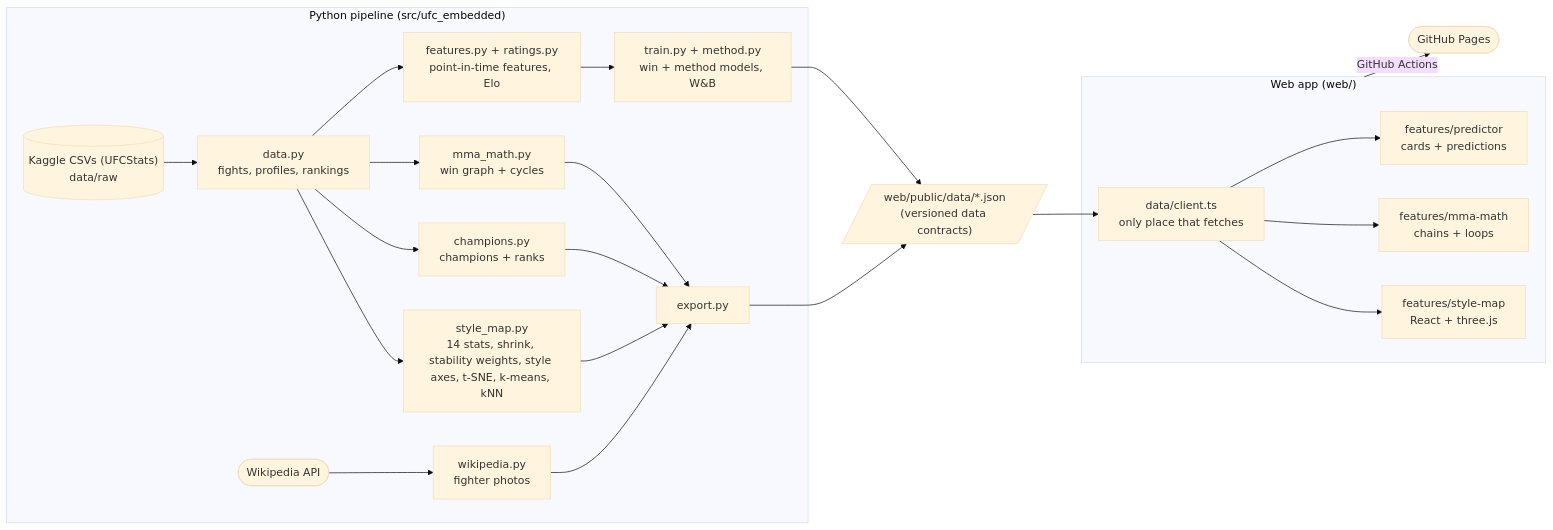
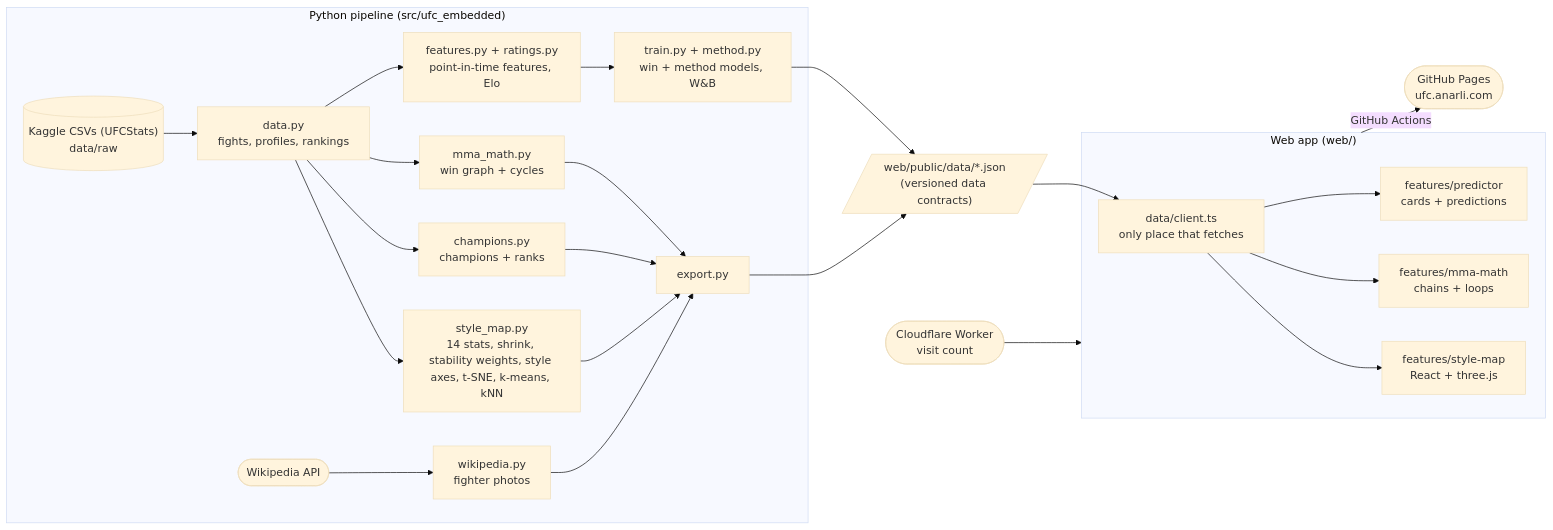
The diagram in README.md (abbasly/ufc_embedded), drawn with Mermaid (base theme) before and after one commit. The commit also changed other lines of this file and 7 other files, not shown here.

````diff
--- a/README.md
+++ b/README.md
@@ -184,29 +193,30 @@
 ```mermaid
 flowchart LR
     subgraph py["Python pipeline (src/ufc_embedded)"]
         raw[("Kaggle CSVs (UFCStats)<br/>data/raw")] --> data["data.py<br/>fights, profiles, rankings"]
         data --> sm["style_map.py<br/>14 stats, shrink, stability weights, style axes, t-SNE, k-means, kNN"]
         data --> champs["champions.py<br/>champions + ranks"]
         wiki(["Wikipedia API"]) --> photos["wikipedia.py<br/>fighter photos"]
         data --> mma["mma_math.py<br/>win graph + cycles"]
         data --> pit["features.py + ratings.py<br/>point-in-time features, Elo"]
         pit --> train["train.py + method.py<br/>win + method models, W&B"]
         sm --> export["export.py"]
         champs --> export
         photos --> export
         mma --> export
     end
 
     train --> json
 
     export --> json[/"web/public/data/*.json<br/>(versioned data contracts)"/]
 
     subgraph web["Web app (web/)"]
         client["data/client.ts<br/>only place that fetches"] --> feat["features/style-map<br/>React + three.js"]
         client --> mmaui["features/mma-math<br/>chains + loops"]
         client --> predui["features/predictor<br/>cards + predictions"]
     end
 
     json --> client
-    web -->|"GitHub Actions"| pages(["GitHub Pages"])
+    web -->|"GitHub Actions"| pages(["GitHub Pages<br/>ufc.anarli.com"])
+    worker(["Cloudflare Worker<br/>visit count"]) --> web
 ```
````
